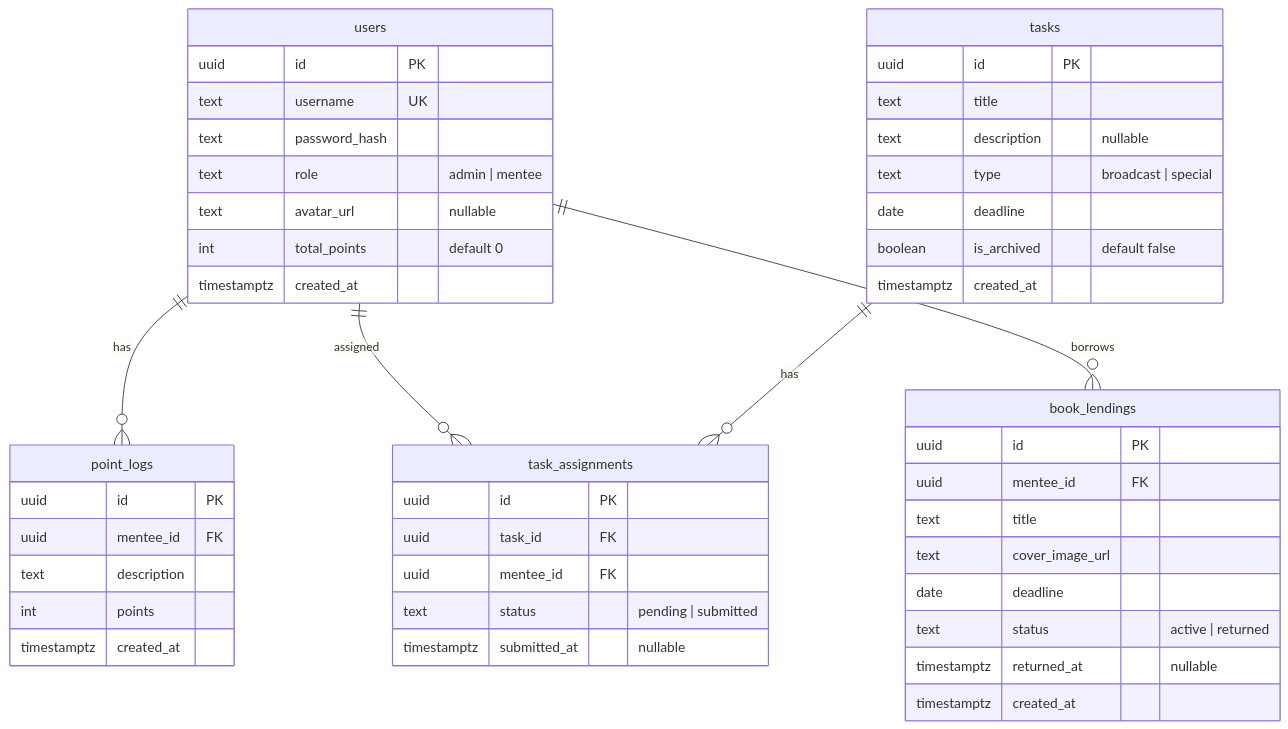
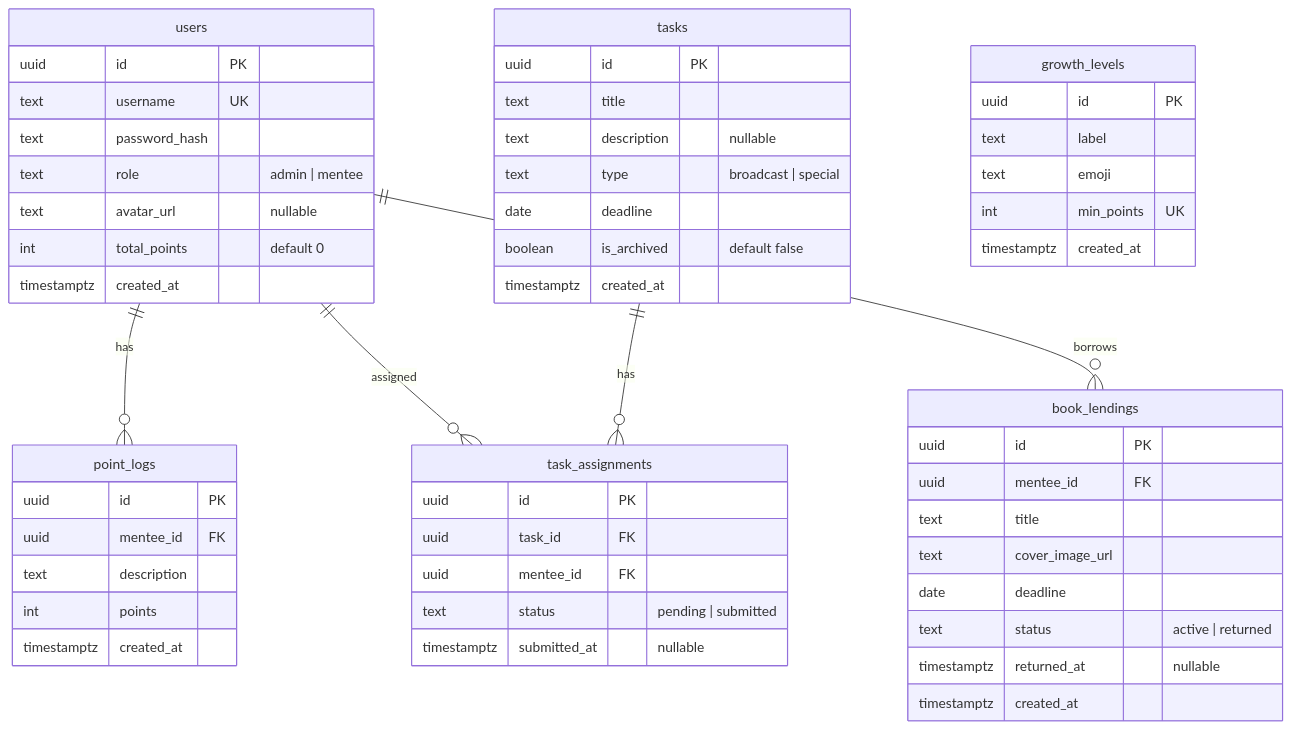
The second of 2 diagrams in 04-architecture.md (dhiabziz/berkembang), drawn with Mermaid before and after one commit. The commit also changed other lines of this file and 27 other files, not shown here.

````diff
--- a/04-architecture.md
+++ b/04-architecture.md
@@ -197,54 +197,62 @@
 ```mermaid
 erDiagram
     users ||--o{ point_logs : "has"
     users ||--o{ task_assignments : "assigned"
     users ||--o{ book_lendings : "borrows"
     tasks ||--o{ task_assignments : "has"
 
     users {
         uuid id PK
         text username UK
         text password_hash
         text role "admin | mentee"
         text avatar_url "nullable"
         int total_points "default 0"
         timestamptz created_at
     }
 
     point_logs {
         uuid id PK
         uuid mentee_id FK
         text description
         int points
         timestamptz created_at
     }
 
     tasks {
         uuid id PK
         text title
         text description "nullable"
         text type "broadcast | special"
         date deadline
         boolean is_archived "default false"
         timestamptz created_at
     }
 
     task_assignments {
         uuid id PK
         uuid task_id FK
         uuid mentee_id FK
         text status "pending | submitted"
         timestamptz submitted_at "nullable"
     }
 
     book_lendings {
         uuid id PK
         uuid mentee_id FK
         text title
         text cover_image_url
         date deadline
         text status "active | returned"
         timestamptz returned_at "nullable"
         timestamptz created_at
     }
+
+    growth_levels {
+        uuid id PK
+        text label
+        text emoji
+        int min_points UK
+        timestamptz created_at
+    }
 ```
````
